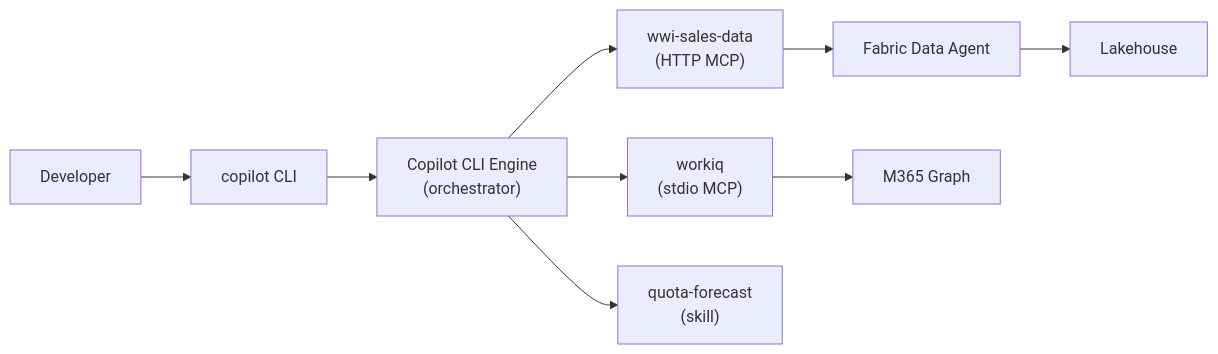
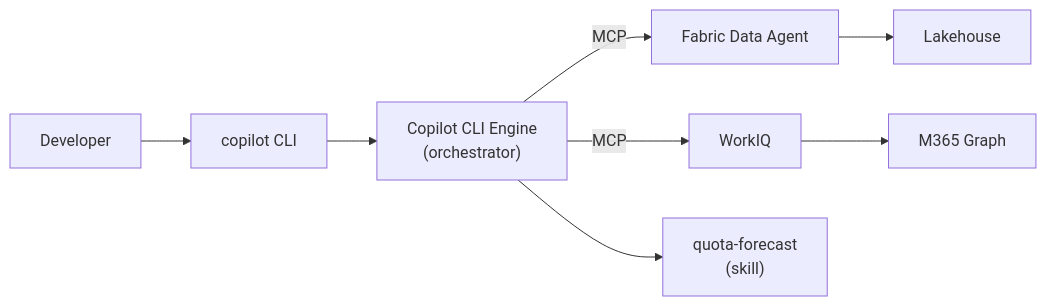
Before and after one commit to ericchansen/agent-demo-dev: the diagram in website/docs/architecture/cli-surface.md, drawn with Mermaid. The commit also changed 4 other files, not shown here.

First line of the commit message:
fix: clean up diagram labels across all docs

````diff
--- a/website/docs/architecture/cli-surface.md
+++ b/website/docs/architecture/cli-surface.md
@@ -12,11 +12,10 @@
 ```mermaid
 flowchart LR
     User["Developer"] --> CLI["copilot CLI"]
     CLI --> Engine["Copilot CLI Engine\n(orchestrator)"]
-    Engine --> MCP1["wwi-sales-data\n(HTTP MCP)"]
-    Engine --> MCP2["workiq\n(stdio MCP)"]
+    Engine -->|MCP| FDA["Fabric Data Agent"]
+    Engine -->|MCP| WIQ["WorkIQ"]
     Engine --> Skill["quota-forecast\n(skill)"]
-    MCP1 --> DA["Fabric Data Agent"]
-    DA --> LH["Lakehouse"]
-    MCP2 --> Graph["M365 Graph"]
+    FDA --> LH["Lakehouse"]
+    WIQ --> Graph["M365 Graph"]
 ```
````
